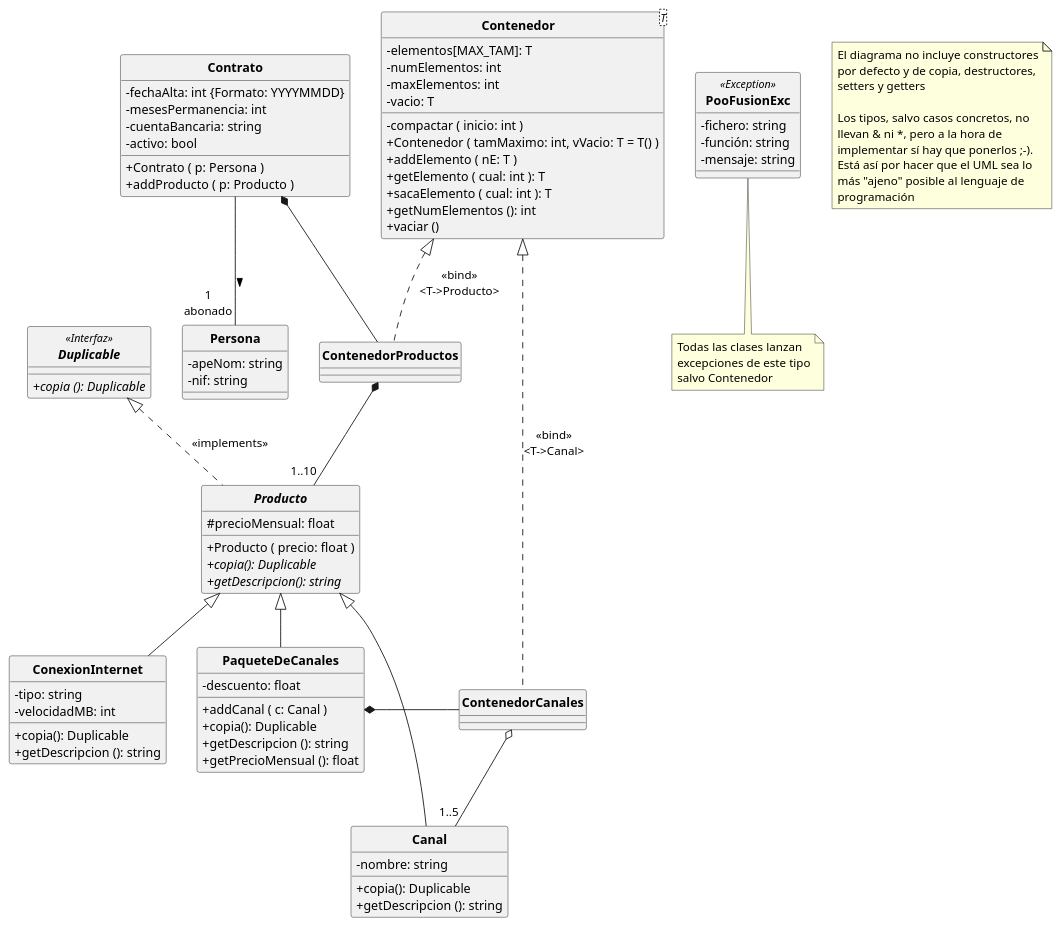
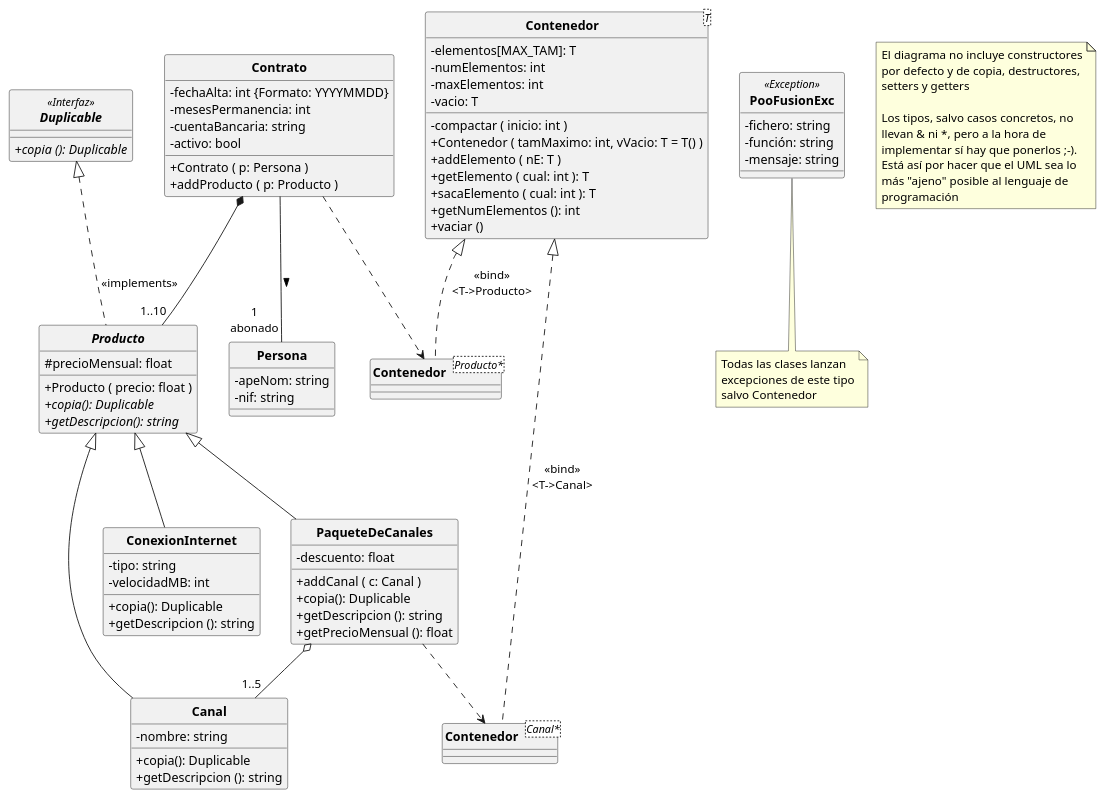
Before and after one commit to POOUJA/PooFusion: the diagram in PooFusion.puml, drawn with PlantUML. The commit also changed 1 other file, not shown here.

Commit message:
Corregidos diagramas UML

```diff
--- a/PooFusion.puml
+++ b/PooFusion.puml
@@ -1,106 +1,112 @@
 @startuml
 
 hide circle
 skinparam classattributeiconsize 0
 skinparam classFontStyle bold
 
 interface Duplicable<<Interfaz>> {
    + {abstract} copia (): Duplicable
 }
 
 class Persona {
    - apeNom: string
    - nif: string
 }
 
 class Contrato {
    - fechaAlta: int {Formato: YYYYMMDD}
    - mesesPermanencia: int
    - cuentaBancaria: string
    - activo: bool
    + Contrato ( p: Persona )
    + addProducto ( p: Producto )
 }
 
 abstract class Producto {
    # precioMensual: float
    + Producto ( precio: float )
    + {abstract} copia(): Duplicable
    + {abstract} getDescripcion(): string
 }
 
 class ConexionInternet {
    - tipo: string
    - velocidadMB: int
    + copia(): Duplicable
    + getDescripcion (): string
 }
 
 class Canal {
    - nombre: string
    + copia(): Duplicable
    + getDescripcion (): string
 }
 
 class PaqueteDeCanales {
    - descuento: float
    + addCanal ( c: Canal )
    + copia(): Duplicable
    + getDescripcion (): string
    + getPrecioMensual (): float
 }
 
 class Contenedor<T> {
    - elementos[MAX_TAM]: T
    - numElementos: int
    - maxElementos: int
    - vacio: T
 
    - compactar ( inicio: int )
    + Contenedor ( tamMaximo: int, vVacio: T = T() )
    + addElemento ( nE: T )
    + getElemento ( cual: int ): T
    + sacaElemento ( cual: int ): T
    + getNumElementos (): int
    + vaciar ()
 }
 
 class PooFusionExc<<Exception>> {
    - fichero: string
    - función: string
    - mensaje: string
 }
 
 note bottom
    Todas las clases lanzan
    excepciones de este tipo
    salvo Contenedor
 end note
 
+class "Contenedor<Canal*>" as CC {
+}
+
+class "Contenedor<Producto*>" as CP{
+}
+
 
 Contrato -- "1\nabonado" Persona: >
 Producto <|-- ConexionInternet 
 Producto <|-- Canal
 Producto <|-- PaqueteDeCanales
-Contenedor <|.. ContenedorProductos: <<bind>>\n<T->Producto>
-Contrato *-- ContenedorProductos
-ContenedorProductos *-- "1..10" Producto
+Contenedor <|.. CP: <<bind>>\n<T->Producto>
+Contrato ..> CP
+Contrato *-- "1..10" Producto
 Duplicable <|.. Producto: <<implements>>
-Contenedor <|.. ContenedorCanales: <<bind>>\n<T->Canal>
-ContenedorCanales o-- "1..5"Canal
-PaqueteDeCanales *- ContenedorCanales
+Contenedor <|.. CC: <<bind>>\n<T->Canal>
+PaqueteDeCanales o-- "1..5"Canal
+PaqueteDeCanales ..> CC
 
 note as Nota1
    El diagrama no incluye constructores
    por defecto y de copia, destructores,
    setters y getters
 
    Los tipos, salvo casos concretos, no
    llevan & ni *, pero a la hora de
    implementar sí hay que ponerlos ;-). 
    Está así por hacer que el UML sea lo
    más "ajeno" posible al lenguaje de
    programación
 end note
 
 @enduml
```
